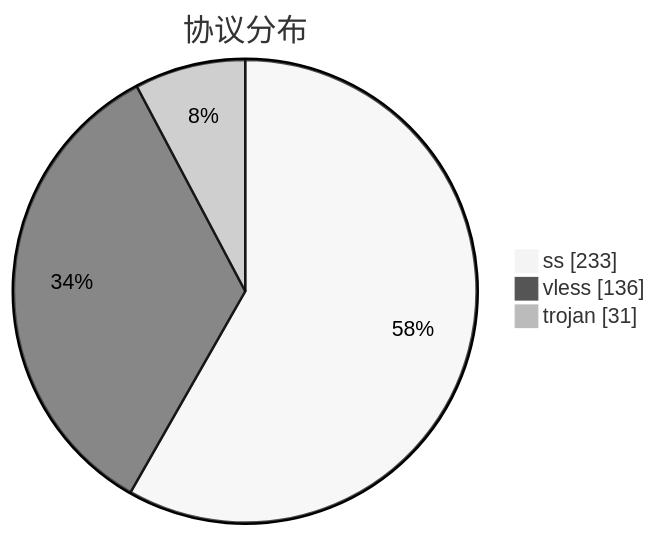
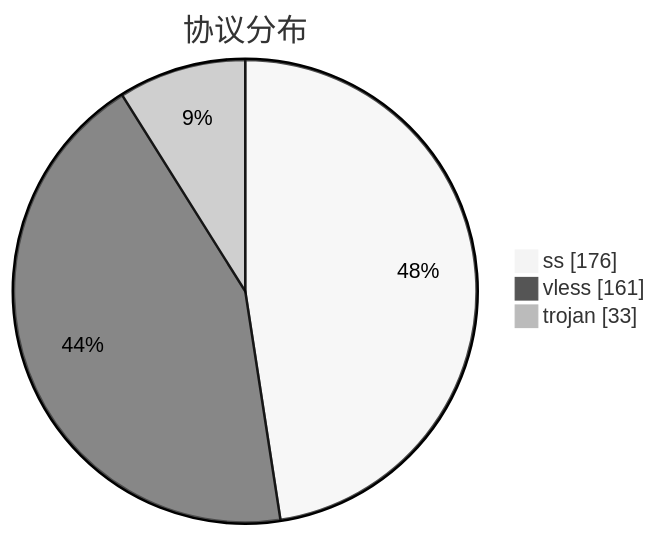
Before and after one commit to qjlxg/airport: the third of 3 diagrams in subs/statistics/tested_within.md, drawn with Mermaid (neutral theme). The commit also changed other lines of this file and 2 other files, not shown here.

````diff
--- a/subs/statistics/tested_within.md
+++ b/subs/statistics/tested_within.md
@@ -33,7 +37,7 @@
 ```mermaid
 pie showData
 title 协议分布
-"ss" : 233
-"vless" : 136
-"trojan" : 31
+"ss" : 176
+"vless" : 161
+"trojan" : 33
 ```
````
